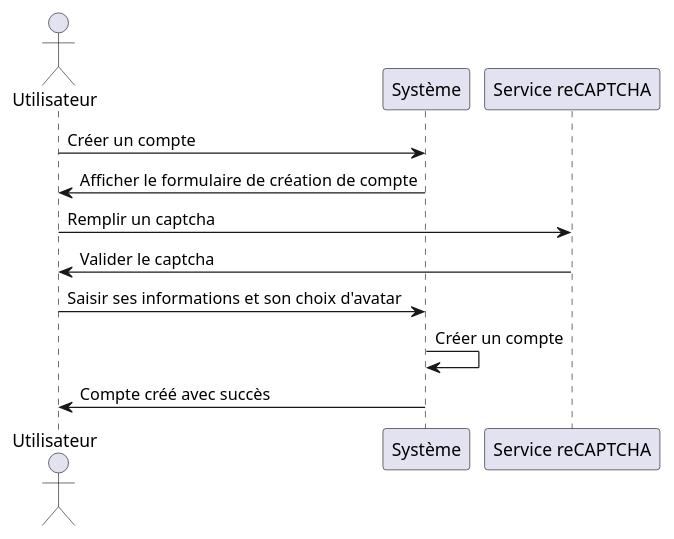
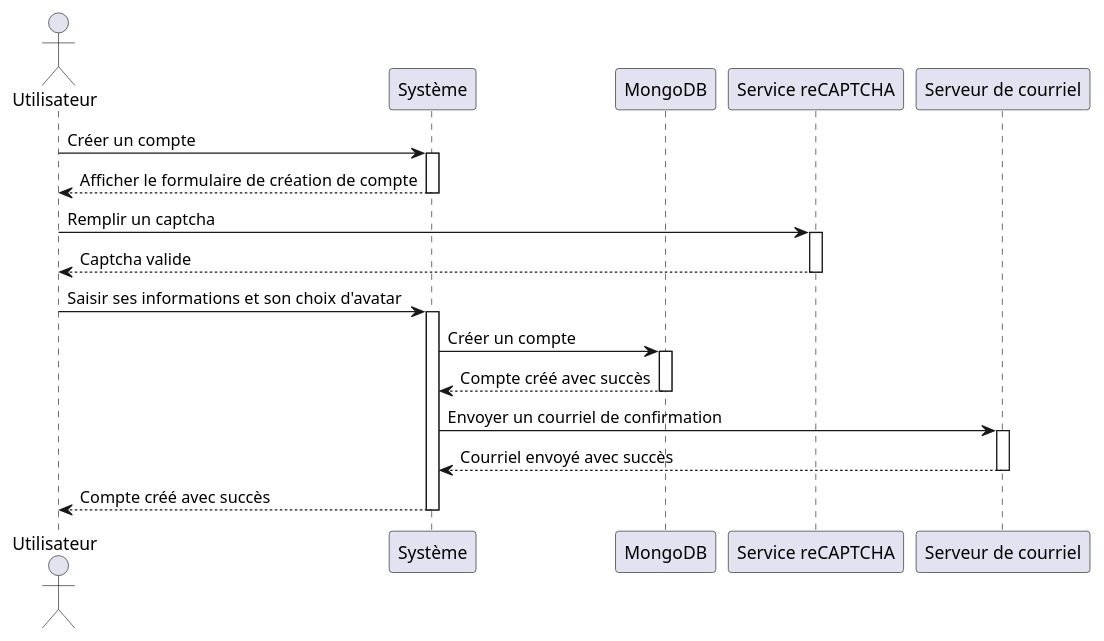
Before and after one commit to yasskadd/Scrabble: the ninth of 11 diagrams in doc/LOG3900-110_Architecture_Logiciel.md, drawn with PlantUML. The commit also changed other lines of this file, not shown here.

Commit message:
more diagrams added

```diff
--- a/doc/LOG3900-110_Architecture_Logiciel.md
+++ b/doc/LOG3900-110_Architecture_Logiciel.md
@@ -250,17 +303,24 @@
 @startuml
 
 actor Utilisateur as user
 participant "Système" as system
+participant "MongoDB" as mongodb
 participant "Service reCAPTCHA" as rechapta
+participant "Serveur de courriel" as mail_server
 
-user -> system: Créer un compte
-system -> user: Afficher le formulaire de création de compte
+user -> system ++: Créer un compte
+return Afficher le formulaire de création de compte
 
-user -> rechapta: Remplir un captcha
-rechapta -> user: Valider le captcha
+user -> rechapta ++: Remplir un captcha
+return Captcha valide
 
-user -> system: Saisir ses informations et son choix d'avatar
-system -> system: Créer un compte
-system -> user: Compte créé avec succès
+user -> system ++: Saisir ses informations et son choix d'avatar
+system -> mongodb ++: Créer un compte
+return Compte créé avec succès
+
+    system -> mail_server++: Envoyer un courriel de confirmation
+        return Courriel envoyé avec succès
+
+    return Compte créé avec succès
 
 @enduml
```
